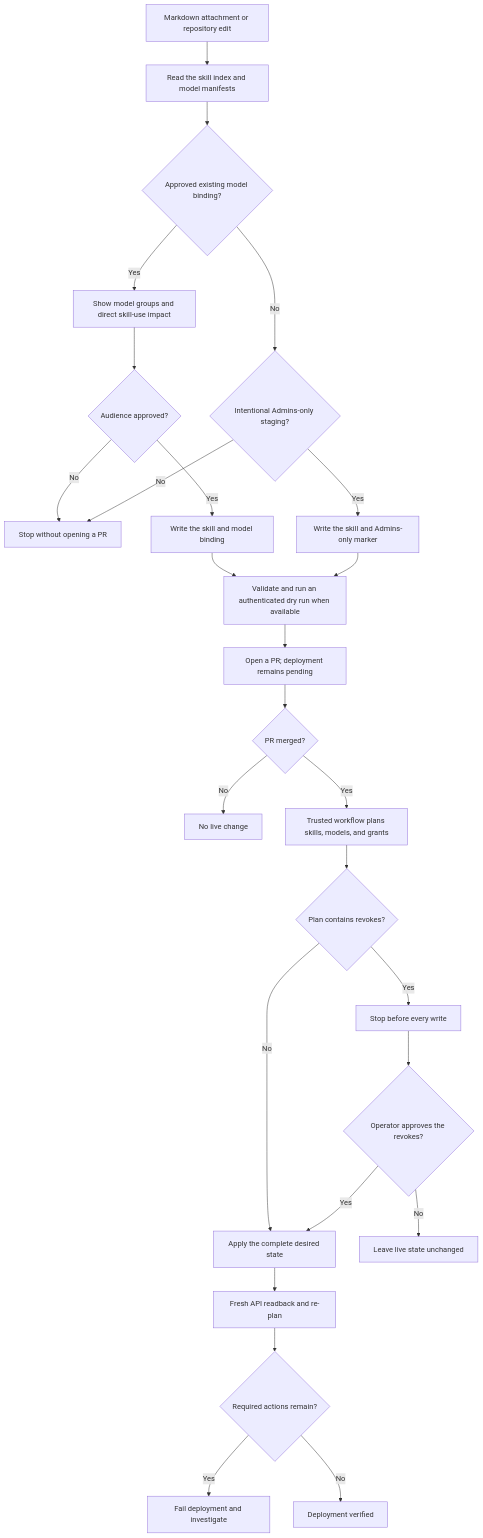
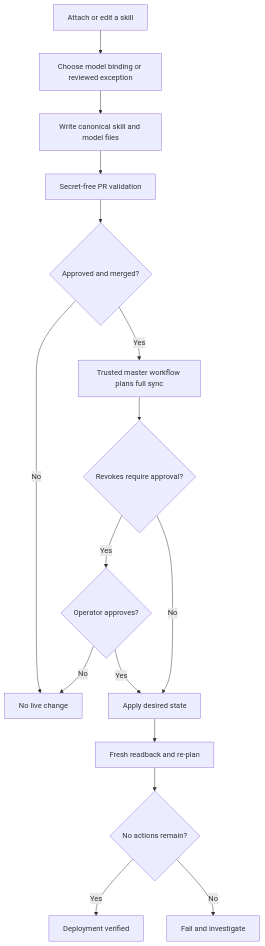
The diagram in ai/openwebui/README.md (allenlin90/eridu-services), drawn with Mermaid before and after one commit. The commit also changed other lines of this file and 10 other files, not shown here.

Commit message:
feat(ai): validate unified Open WebUI delivery

````diff
--- a/ai/openwebui/README.md
+++ b/ai/openwebui/README.md
@@ -42,28 +54,18 @@
 ```mermaid
 flowchart TD
-    A["Markdown attachment or repository edit"] --> B["Read the skill index and model manifests"]
-    B --> C{"Approved existing model binding?"}
-    C -->|Yes| D["Show model groups and direct skill-use impact"]
-    D --> E{"Audience approved?"}
-    E -->|No| F["Stop without opening a PR"]
-    E -->|Yes| G["Write the skill and model binding"]
-    C -->|No| H{"Intentional Admins-only staging?"}
-    H -->|No| F
-    H -->|Yes| I["Write the skill and Admins-only marker"]
-    G --> J["Validate and run an authenticated dry run when available"]
-    I --> J
-    J --> K["Open a PR; deployment remains pending"]
-    K --> L{"PR merged?"}
-    L -->|No| M["No live change"]
-    L -->|Yes| N["Trusted workflow plans skills, models, and grants"]
-    N --> O{"Plan contains revokes?"}
-    O -->|No| P["Apply the complete desired state"]
-    O -->|Yes| Q["Stop before every write"]
-    Q --> R{"Operator approves the revokes?"}
-    R -->|No| S["Leave live state unchanged"]
-    R -->|Yes| P
-    P --> T["Fresh API readback and re-plan"]
-    T --> U{"Required actions remain?"}
-    U -->|Yes| V["Fail deployment and investigate"]
-    U -->|No| W["Deployment verified"]
+    A["Attach or edit a skill"] --> B["Choose model binding or reviewed exception"]
+    B --> C["Write canonical skill and model files"]
+    C --> D["Secret-free PR validation"]
+    D --> E{"Approved and merged?"}
+    E -->|No| F["No live change"]
+    E -->|Yes| G["Trusted master workflow plans full sync"]
+    G --> H{"Revokes require approval?"}
+    H -->|Yes| I{"Operator approves?"}
+    I -->|No| F
+    I -->|Yes| J["Apply desired state"]
+    H -->|No| J
+    J --> K["Fresh readback and re-plan"]
+    K --> L{"No actions remain?"}
+    L -->|Yes| M["Deployment verified"]
+    L -->|No| N["Fail and investigate"]
 ```
````
